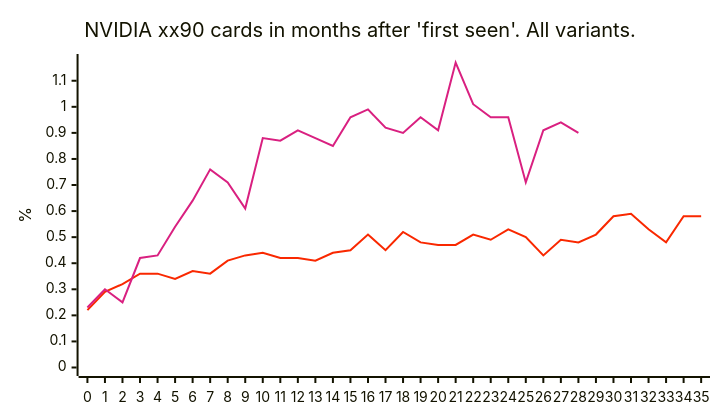
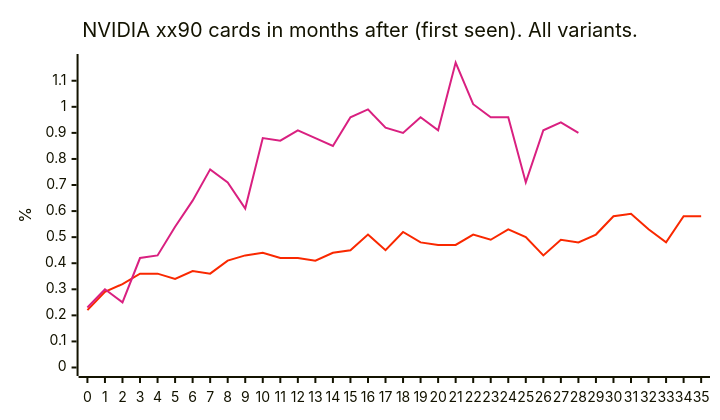
Before and after one commit to jdegene/birch-mapping: the first of 5 diagrams in README.md, drawn with Mermaid. The commit also changed other lines of this file, not shown here.

````diff
--- a/README.md
+++ b/README.md
@@ -12,24 +12,24 @@
 ```mermaid
 ---
 config:
     xyChart:
         width: 700
         height: 400
         
     themeVariables:
         xyChart:
             plotColorPalette: "#51a8a6,#f9a900,#f92800,#d92080,#8a52a6"
 
 --- 
 
 
 xychart-beta
-    title "NVIDIA xx90 cards in months after 'first seen'. All variants."
+    title "NVIDIA xx90 cards in months after (first seen). All variants."
     x-axis[0, 1, 2, 3, 4, 5, 6, 7, 8, 9, 10, 11, 12, 13, 14, 15, 16, 17, 18, 19, 20, 21, 22, 23, 24, 25, 26, 27, 28, 29, 30, 31, 32, 33, 34, 35]
     y-axis "%" 
     line [0]
     line [0]
     line [0.22, 0.29, 0.32, 0.36, 0.36, 0.33999999999999997, 0.37, 0.36, 0.41000000000000003, 0.43, 0.44, 0.42, 0.42, 0.41000000000000003, 0.44, 0.44999999999999996, 0.51, 0.44999999999999996, 0.52, 0.48, 0.47000000000000003, 0.47000000000000003, 0.51, 0.49, 0.53, 0.5, 0.43, 0.49, 0.48, 0.51, 0.58, 0.59, 0.53, 0.48, 0.58, 0.58]
     line [0.22999999999999998, 0.3, 0.25, 0.42, 0.43, 0.54, 0.64, 0.76, 0.7100000000000001, 0.61, 0.88, 0.8699999999999999, 0.91, 0.88, 0.8500000000000001, 0.96, 0.9900000000000001, 0.9199999999999999, 0.8999999999999999, 0.96, 0.91, 1.17, 1.01, 0.96, 0.96, 0.7100000000000001, 0.91, 0.9400000000000001, 0.8999999999999999]
     line [0]
 ``` 
````
